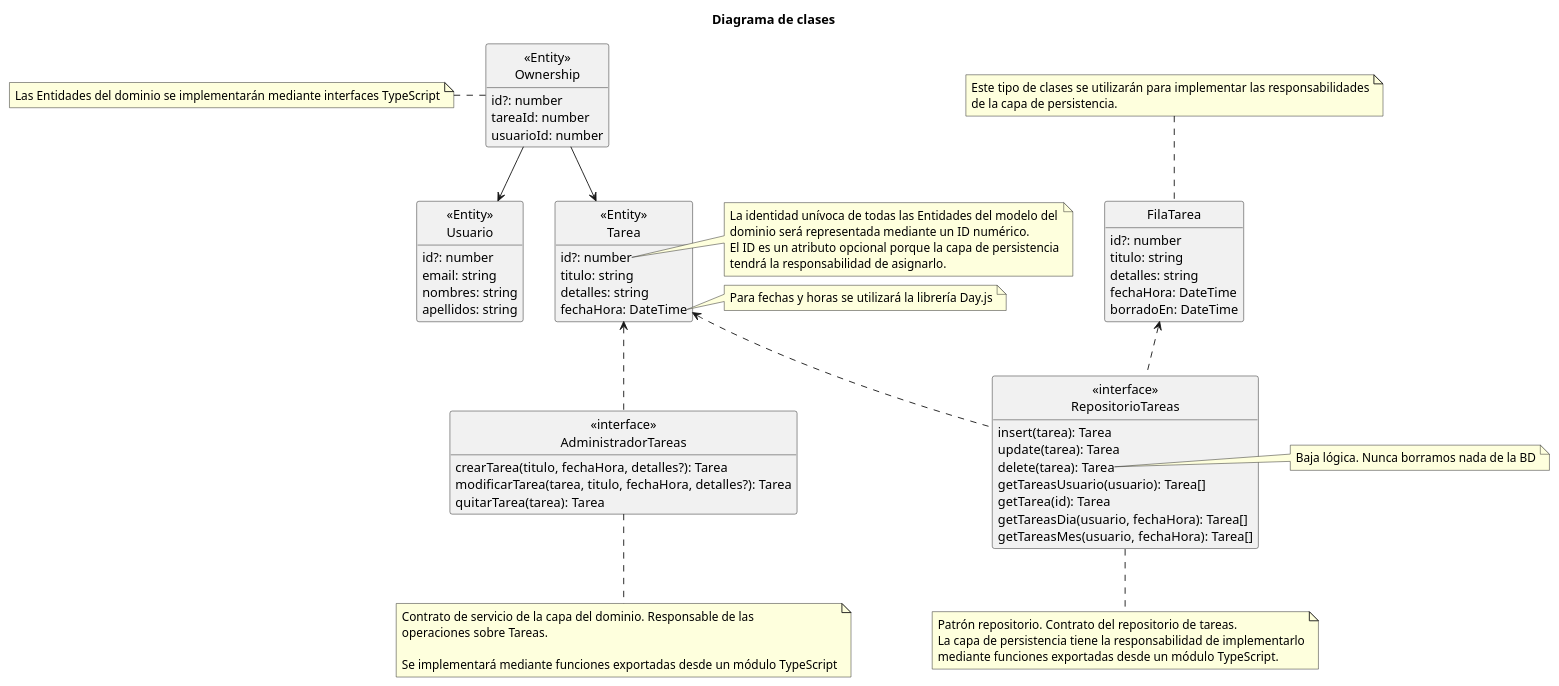
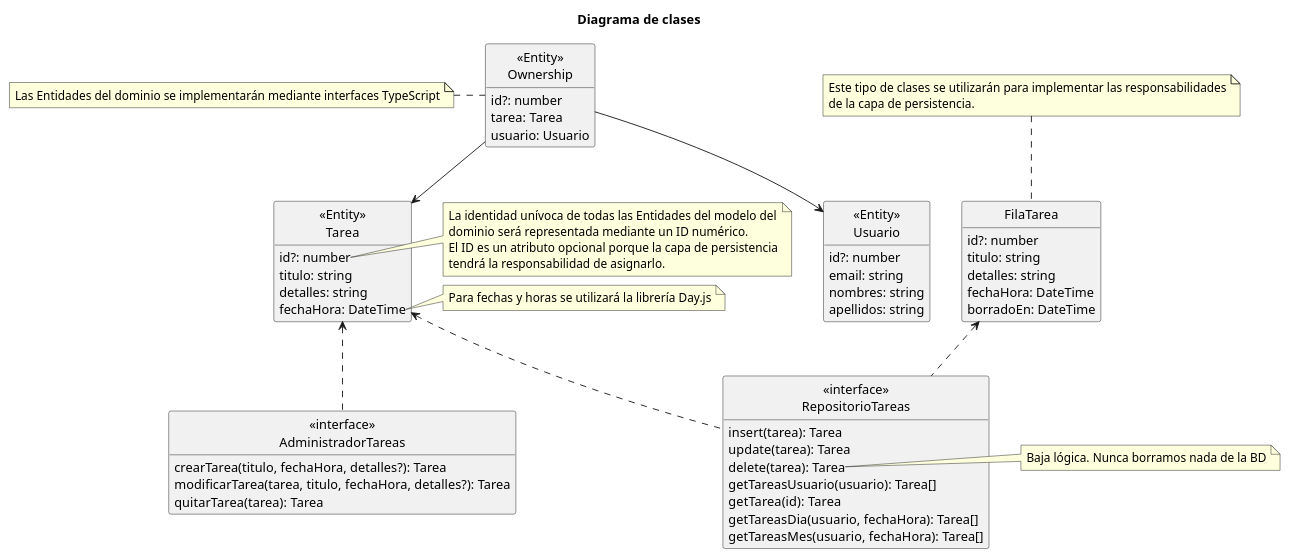
Before and after one commit to esteban4321duran/app-tareas-v1-docs: the diagram in architecture-model/diagrama-clases.pu, drawn with PlantUML. The commit also changed 5 other files, not shown here.

```diff
--- a/architecture-model/diagrama-clases.pu
+++ b/architecture-model/diagrama-clases.pu
@@ -1,92 +1,81 @@
 @startuml diagrama de clases
 title Diagrama de clases
 hide empty members
 skinparam style strictuml
 
 
 class "<<Entity>>\nTarea" as T {
     id?: number
     titulo: string
     detalles: string
     fechaHora: DateTime
 } 
 
 note right of T::id 
 La identidad unívoca de todas las Entidades del modelo del
 dominio será representada mediante un ID numérico.
 El ID es un atributo opcional porque la capa de persistencia
 tendrá la responsabilidad de asignarlo.
 end note
 
 note right of T::fechaHora 
 Para fechas y horas se utilizará la librería Day.js
 end note
 
 class "<<Entity>>\nUsuario" as U{
     id?: number
     email: string
     nombres: string
     apellidos: string
 }
 
 class "<<Entity>>\nOwnership" as O{
     id?: number
-    tareaId: number
-    usuarioId: number
+    tarea: Tarea
+    usuario: Usuario
 }
 
 note left of O
 Las Entidades del dominio se implementarán mediante interfaces TypeScript
 endnote
 
 O --> U
 O --> T
 
 class "<<interface>>\nAdministradorTareas" as AT{
     crearTarea(titulo, fechaHora, detalles?): Tarea
     modificarTarea(tarea, titulo, fechaHora, detalles?): Tarea
     quitarTarea(tarea): Tarea
 }
-note bottom of AT
-Contrato de servicio de la capa del dominio. Responsable de las 
-operaciones sobre Tareas.
-
-Se implementará mediante funciones exportadas desde un módulo TypeScript
-endnote
 
 AT .u.> T
 
 class "<<interface>>\nRepositorioTareas" as RT{
     insert(tarea): Tarea 
     update(tarea): Tarea 
     delete(tarea): Tarea 
     getTareasUsuario(usuario): Tarea[]
     getTarea(id): Tarea
     getTareasDia(usuario, fechaHora): Tarea[]
     getTareasMes(usuario, fechaHora): Tarea[]
 }
-note bottom of RT
-Patrón repositorio. Contrato del repositorio de tareas.
-La capa de persistencia tiene la responsabilidad de implementarlo
-mediante funciones exportadas desde un módulo TypeScript.
-end note
 note right of RT::delete
 Baja lógica. Nunca borramos nada de la BD
 end note
 
 class "FilaTarea" as FT{
     id?: number
     titulo: string
     detalles: string
     fechaHora: DateTime
     borradoEn: DateTime
 }
 note top of FT
 Este tipo de clases se utilizarán para implementar las responsabilidades
 de la capa de persistencia.
 end note
 
 RT .u.> T
 RT .u.> FT
 
 @enduml
```
